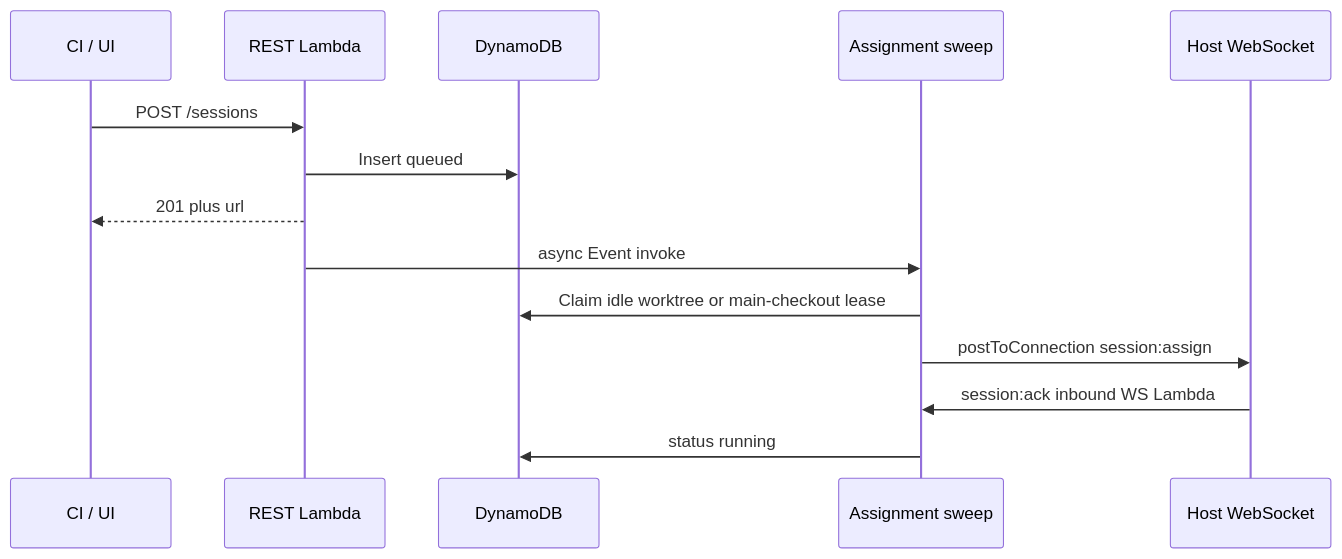
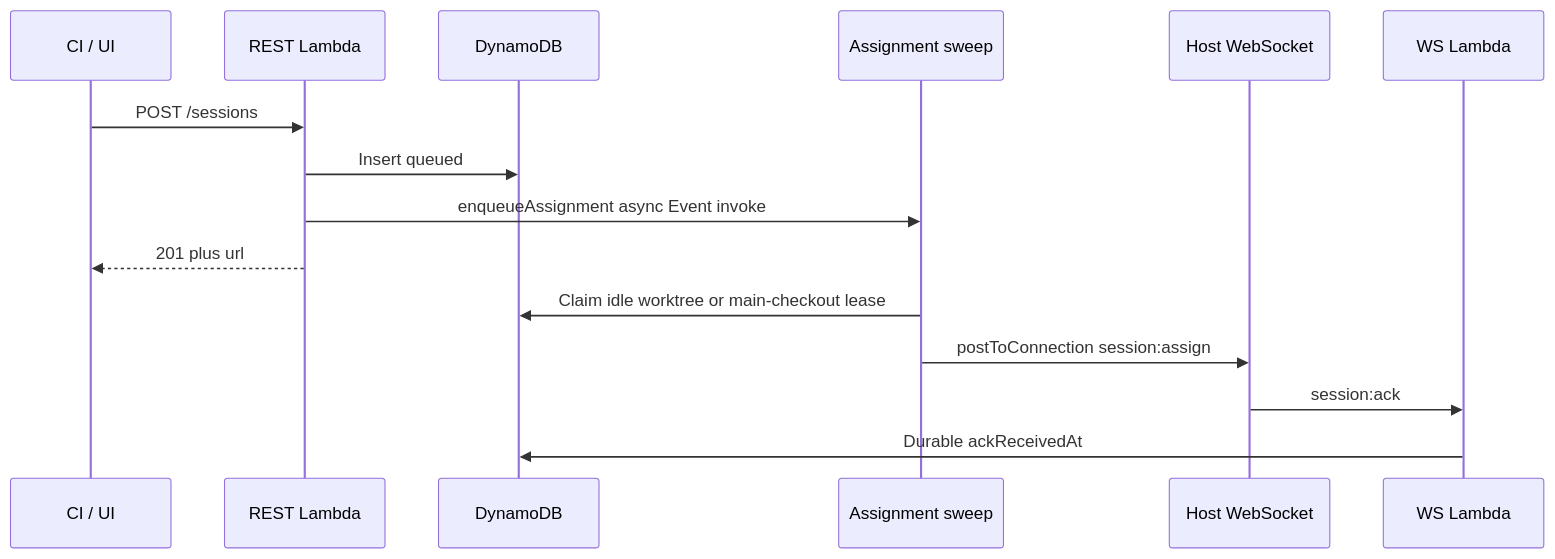
Before and after one commit to jonathanong/auto-harness: the second of 4 diagrams in docs/architecture/communication.md, drawn with Mermaid. The commit also changed other lines of this file and 1 other file, not shown here.

First line of the commit message:
docs: add modelled AWS monthly subtotal and fix comms flows

````diff
--- a/docs/architecture/communication.md
+++ b/docs/architecture/communication.md
@@ -67,17 +70,18 @@
 ```mermaid
 sequenceDiagram
     participant CI as CI / UI
     participant REST as REST Lambda
     participant DDB as DynamoDB
     participant Sweep as Assignment sweep
     participant Agent as Host WebSocket
+    participant WS as WS Lambda
 
     CI->>REST: POST /sessions
     REST->>DDB: Insert queued
+    REST->>Sweep: enqueueAssignment async Event invoke
     REST-->>CI: 201 plus url
-    REST->>Sweep: async Event invoke
     Sweep->>DDB: Claim idle worktree or main-checkout lease
     Sweep->>Agent: postToConnection session:assign
-    Agent->>Sweep: session:ack inbound WS Lambda
-    Sweep->>DDB: status running
+    Agent->>WS: session:ack
+    WS->>DDB: Durable ackReceivedAt
 ```
````
